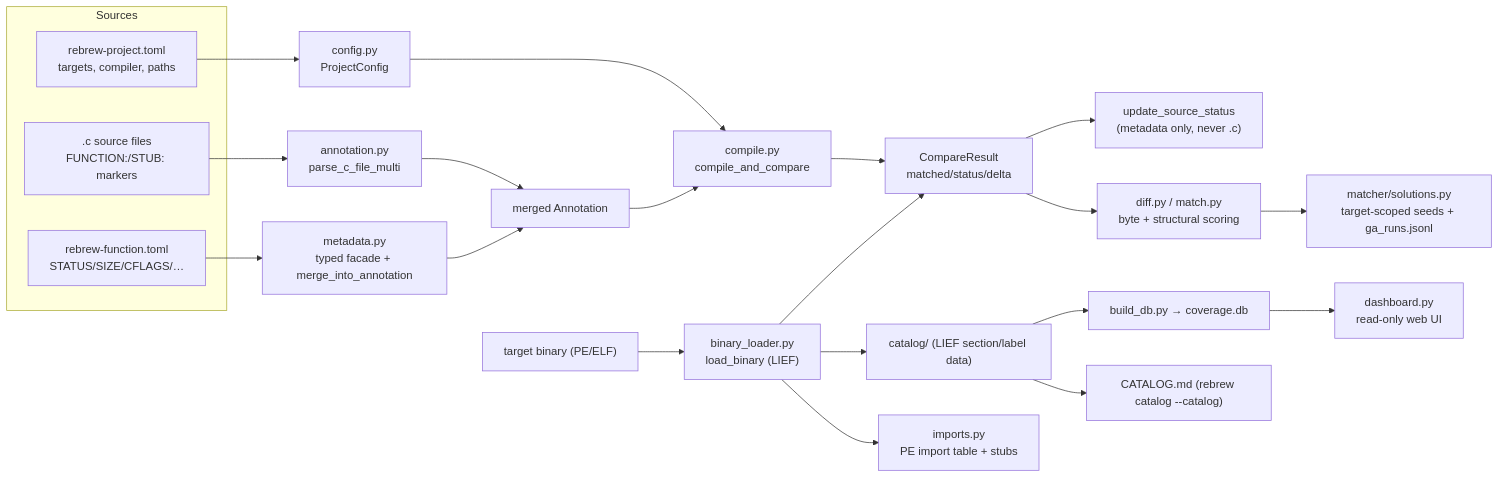
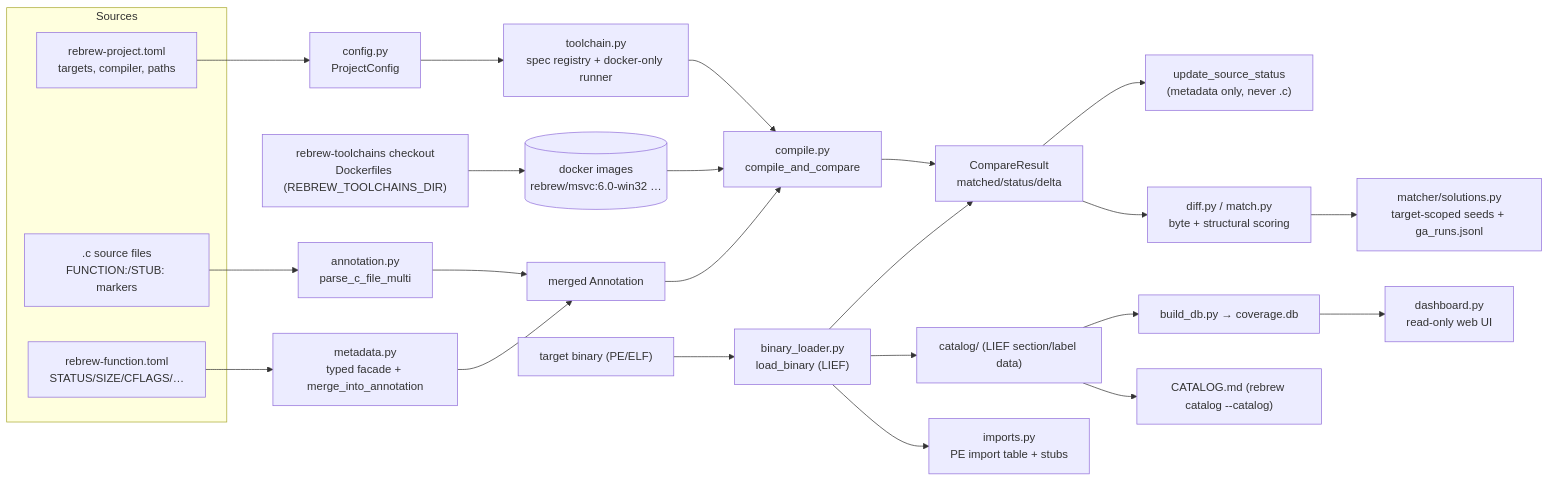
The diagram in docs/ARCHITECTURE.md (maci0/rebrew), drawn with Mermaid before and after one commit. The commit also changed other lines of this file and 84 other files, not shown here.

````diff
--- a/docs/ARCHITECTURE.md
+++ b/docs/ARCHITECTURE.md
@@ -10,32 +22,36 @@
 ```mermaid
 flowchart LR
     subgraph Sources
         C[".c source files<br/>FUNCTION:/STUB: markers"]
         TOML["rebrew-project.toml<br/>targets, compiler, paths"]
         META["rebrew-function.toml<br/>STATUS/SIZE/CFLAGS/…"]
     end
 
     C --> ANNOT["annotation.py<br/>parse_c_file_multi"]
     META --> FACADE["metadata.py<br/>typed facade + merge_into_annotation"]
     TOML --> CFG["config.py<br/>ProjectConfig"]
 
     ANNOT --> MERGED["merged Annotation"]
     FACADE --> MERGED
-    CFG --> COMPILE["compile.py<br/>compile_and_compare"]
+
+    CFG --> TOOLCHAIN["toolchain.py<br/>spec registry + docker-only runner"]
+    RT["rebrew-toolchains checkout<br/>Dockerfiles (REBREW_TOOLCHAINS_DIR)"] --> IMG[("docker images<br/>rebrew/msvc:6.0-win32 …")]
+    TOOLCHAIN --> COMPILE["compile.py<br/>compile_and_compare"]
+    IMG --> COMPILE
 
     BIN["target binary (PE/ELF)"] --> LOAD["binary_loader.py<br/>load_binary (LIEF)"]
     MERGED --> COMPILE
     COMPILE --> CMP["CompareResult<br/>matched/status/delta"]
     LOAD --> CMP
 
     CMP --> STATUS["update_source_status<br/>(metadata only, never .c)"]
     CMP --> DIFF["diff.py / match.py<br/>byte + structural scoring"]
 
     LOAD --> CATALOG["catalog/ (LIEF section/label data)"]
     CATALOG --> DB["build_db.py → coverage.db"]
     CATALOG --> CATMD["CATALOG.md (rebrew catalog --catalog)"]
     DB --> DASH["dashboard.py<br/>read-only web UI"]
 
     LOAD --> IMPORTS["imports.py<br/>PE import table + stubs"]
     DIFF --> SOL["matcher/solutions.py<br/>target-scoped seeds + ga_runs.jsonl"]
 ```
````
